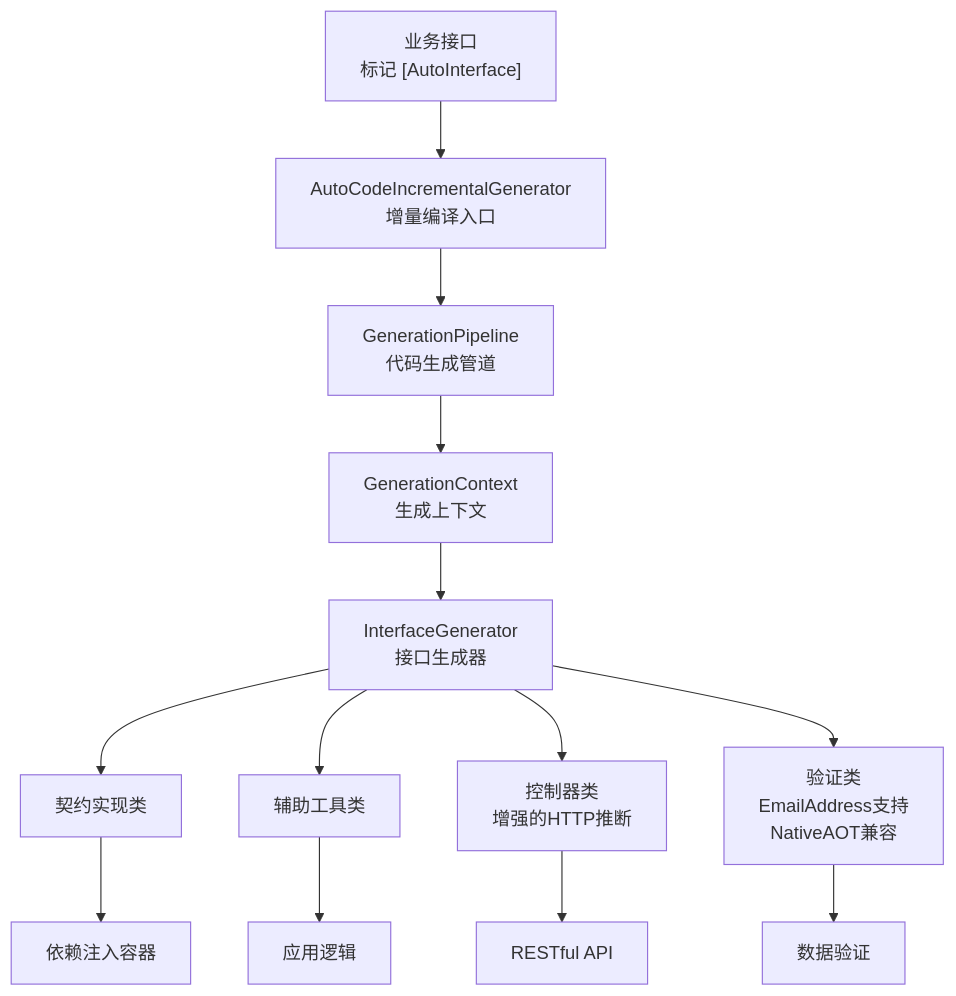
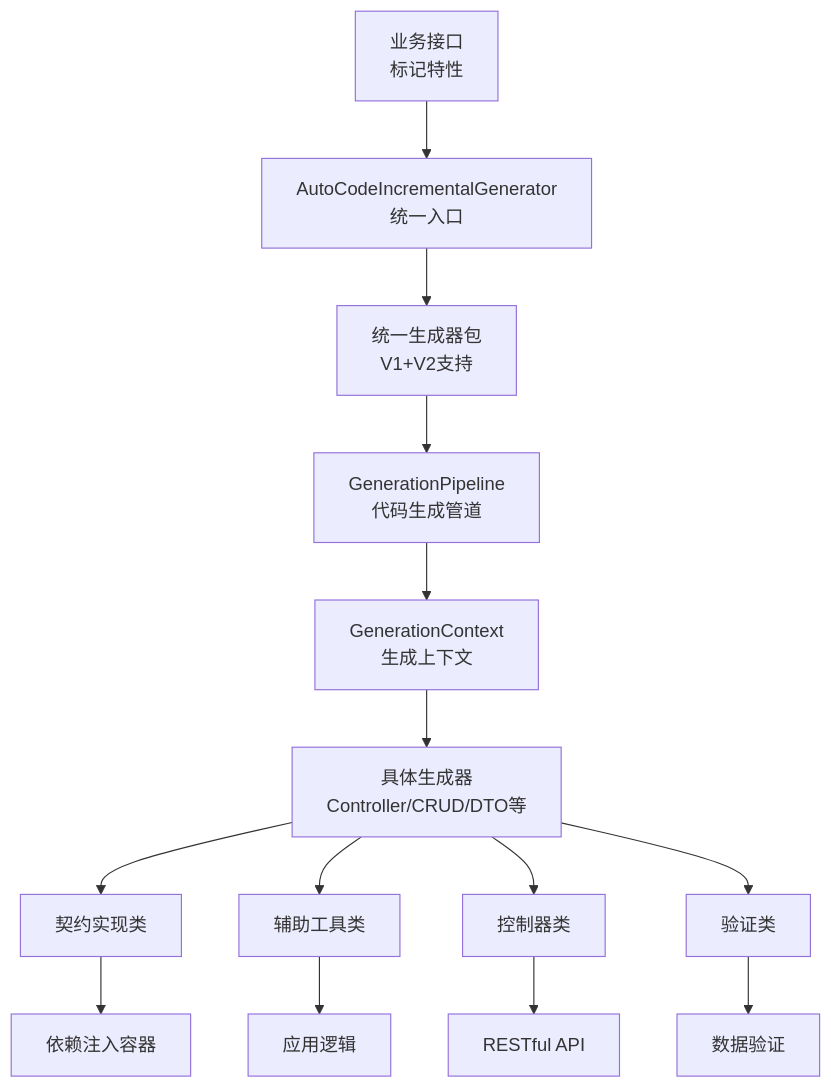
The sixth of 7 diagrams in .qoder/repowiki/zh/content/源代码生成器/源代码生成器.md (alivy/AutoCode), drawn with Mermaid before and after one commit. The commit also changed other lines of this file and 53 other files, not shown here.

````diff
--- a/.qoder/repowiki/zh/content/源代码生成器/源代码生成器.md
+++ b/.qoder/repowiki/zh/content/源代码生成器/源代码生成器.md
@@ -491,15 +391,16 @@
 ```mermaid
 graph TB
-I1["业务接口<br/>标记 [AutoInterface]"] --> IncGen["AutoCodeIncrementalGenerator<br/>增量编译入口"]
-IncGen --> Pipe["GenerationPipeline<br/>代码生成管道"]
+I1["业务接口<br/>标记特性"] --> IncGen["AutoCodeIncrementalGenerator<br/>统一入口"]
+IncGen --> UniGen["统一生成器包<br/>V1+V2支持"]
+UniGen --> Pipe["GenerationPipeline<br/>代码生成管道"]
 Pipe --> Ctx["GenerationContext<br/>生成上下文"]
-Ctx --> Gen["InterfaceGenerator<br/>接口生成器"]
+Ctx --> Gen["具体生成器<br/>Controller/CRUD/DTO等"]
 Gen --> C1["契约实现类"]
 Gen --> C2["辅助工具类"]
-Gen --> C3["控制器类<br/>增强的HTTP推断"]
-Gen --> V1["验证类<br/>EmailAddress支持<br/>NativeAOT兼容"]
+Gen --> C3["控制器类"]
+Gen --> V1["验证类"]
 C1 --> DI["依赖注入容器"]
 C2 --> APP["应用逻辑"]
 C3 --> API["RESTful API"]
 V1 --> VALID["数据验证"]
 ```
````
